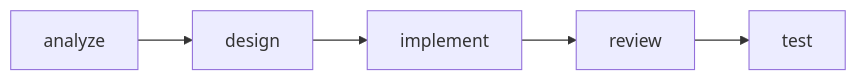
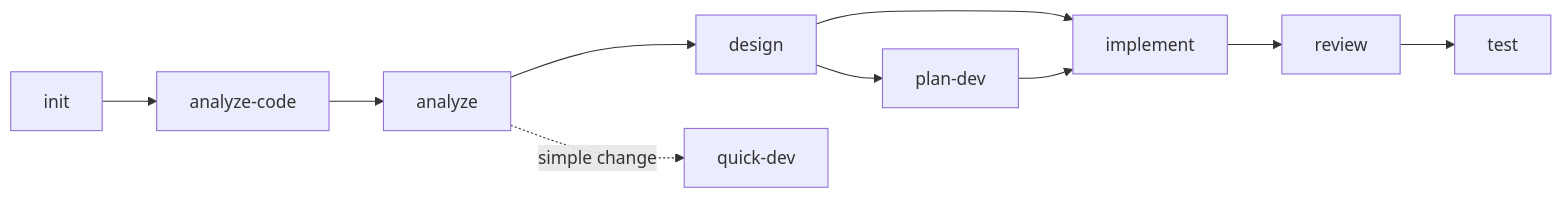
Before and after one commit to uoyoCsharp/My-Virtual-TechTeam: the diagram in sources/skills/mvt-help/business.md, drawn with Mermaid. The commit also changed other lines of this file and 116 other files, not shown here.

````diff
--- a/sources/skills/mvt-help/business.md
+++ b/sources/skills/mvt-help/business.md
@@ -61,4 +40,9 @@
 ```mermaid
 flowchart LR
-    A[analyze] --> B[design] --> C[implement] --> D[review] --> E[test]
+    A[init] --> B[analyze-code] --> C[analyze] --> D[design] --> D2[plan-dev]
+    D --> E[implement]
+    D2 --> E
+    E --> F[review] --> G[test]
+
+    C -.->|simple change| Q[quick-dev]
 ```
````
